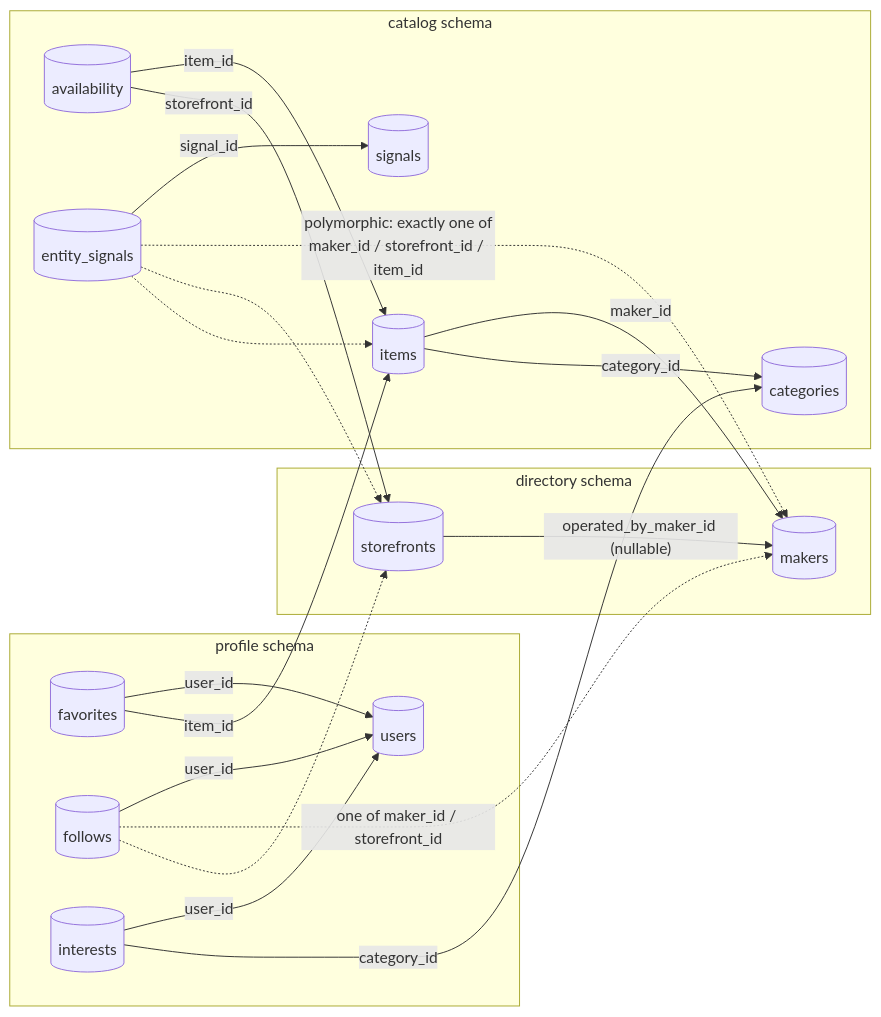
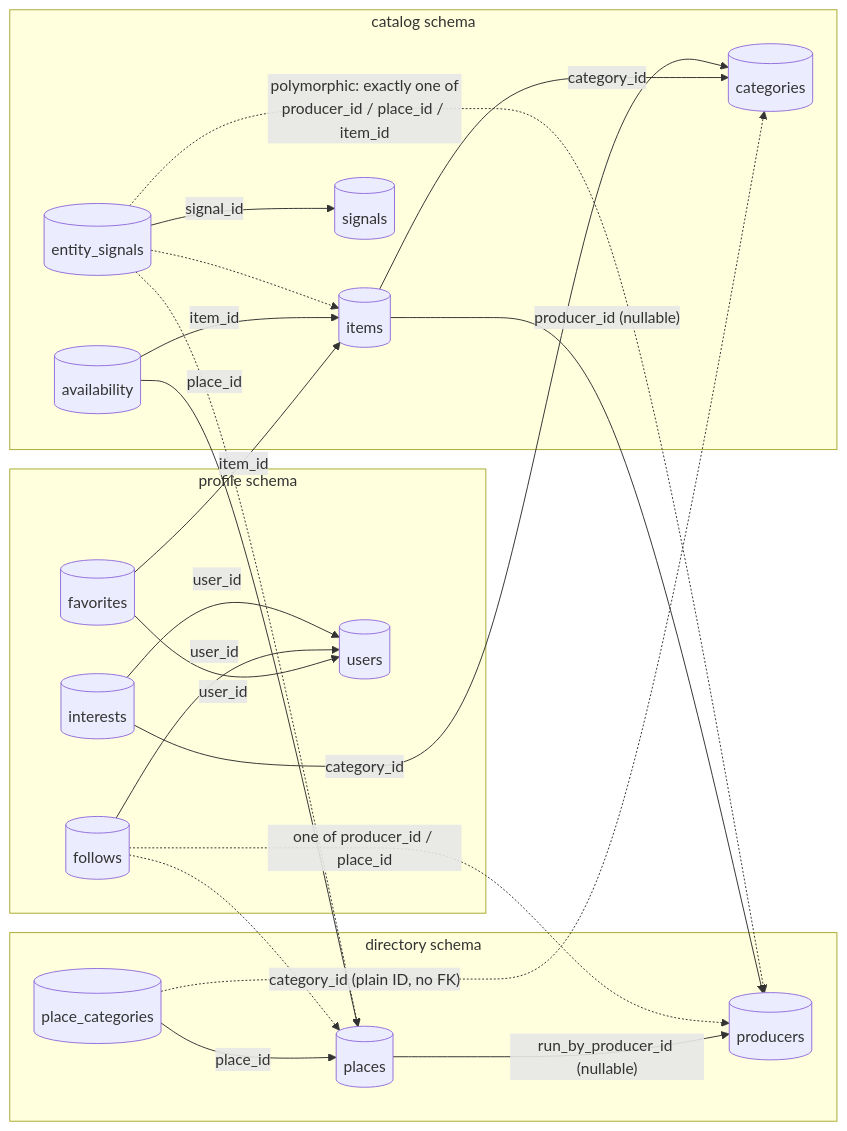
Before and after one commit to danicajiao/cove: the first of 2 diagrams in docs/MARKETPLACE_ARCHITECTURE.md, drawn with Mermaid. The commit also changed other lines of this file and 151 other files, not shown here.

First line of the commit message:
Move Cove to producers, places and Eat & Drink (#426)

````diff
--- a/docs/MARKETPLACE_ARCHITECTURE.md
+++ b/docs/MARKETPLACE_ARCHITECTURE.md
@@ -130,37 +146,40 @@
 ```mermaid
 flowchart LR
     subgraph directory["directory schema"]
-        makers[(makers)]
-        storefronts[(storefronts)]
+        producers[(producers)]
+        places[(places)]
+        place_categories[(place_categories)]
     end
     subgraph catalog["catalog schema"]
         items[(items)]
         availability[(availability)]
         categories[(categories)]
         signals[(signals)]
         entity_signals[(entity_signals)]
     end
     subgraph profile["profile schema"]
         users[(users)]
         favorites[(favorites)]
         follows[(follows)]
         interests[(interests)]
     end
 
-    items -->|maker_id| makers
+    items -->|"producer_id (nullable)"| producers
     items -->|category_id| categories
-    storefronts -->|"operated_by_maker_id (nullable)"| makers
+    places -->|"run_by_producer_id (nullable)"| producers
     availability -->|item_id| items
-    availability -->|storefront_id| storefronts
+    availability -->|place_id| places
+    place_categories -->|place_id| places
+    place_categories -.->|"category_id (plain ID, no FK)"| categories
     entity_signals -->|signal_id| signals
-    entity_signals -.->|"polymorphic: exactly one of<br/>maker_id / storefront_id / item_id"| makers
-    entity_signals -.-> storefronts
+    entity_signals -.->|"polymorphic: exactly one of<br/>producer_id / place_id / item_id"| producers
+    entity_signals -.-> places
     entity_signals -.-> items
     favorites -->|user_id| users
     favorites -->|item_id| items
     follows -->|user_id| users
-    follows -.->|"one of maker_id / storefront_id"| makers
-    follows -.-> storefronts
+    follows -.->|"one of producer_id / place_id"| producers
+    follows -.-> places
     interests -->|user_id| users
     interests -->|category_id| categories
 ```
````
